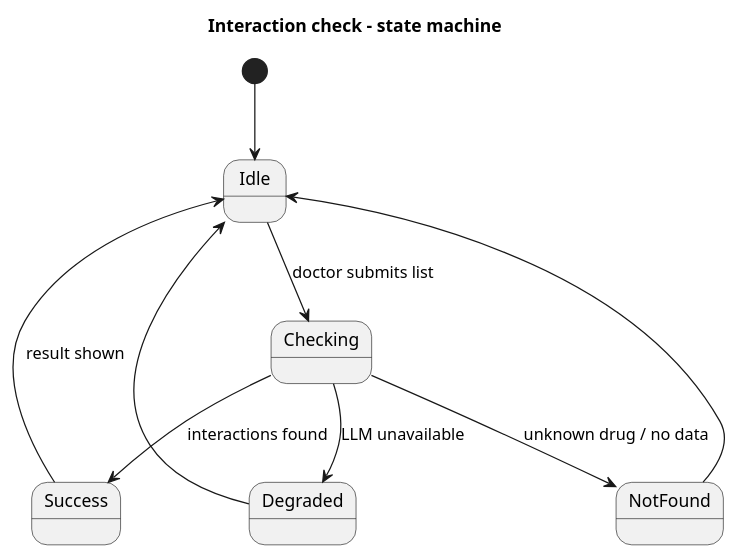
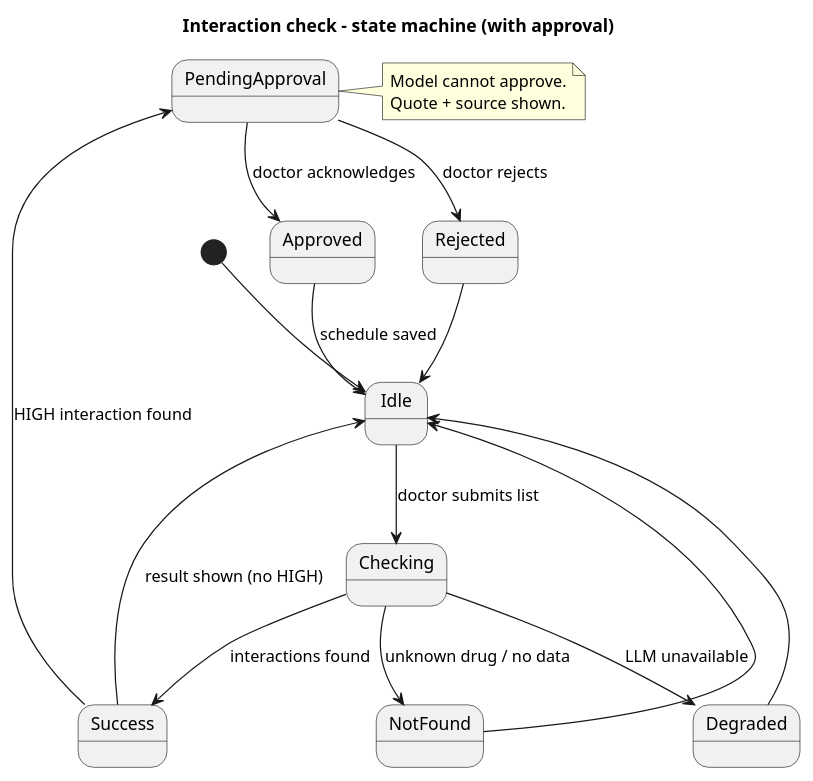
The diagram in docs/uml/state.puml (vladvoiasciuc2-crypto/medrx-lab3), drawn with PlantUML before and after one commit.

Commit message:
Update state diagram with approval states

```diff
--- a/docs/uml/state.puml
+++ b/docs/uml/state.puml
@@ -1,12 +1,22 @@
 @startuml
-title Interaction check - state machine
+title Interaction check - state machine (with approval)
 [*] --> Idle
 Idle --> Checking : doctor submits list
 Checking --> Success : interactions found
 Checking --> NotFound : unknown drug / no data
 Checking --> Degraded : LLM unavailable
-Success --> Idle : result shown
+Success --> PendingApproval : HIGH interaction found
+Success --> Idle : result shown (no HIGH)
+PendingApproval --> Approved : doctor acknowledges
+PendingApproval --> Rejected : doctor rejects
+Approved --> Idle : schedule saved
+Rejected --> Idle
 NotFound --> Idle
 Degraded --> Idle
 
+note right of PendingApproval
+  Model cannot approve.
+  Quote + source shown.
+end note
+
 @enduml
```
